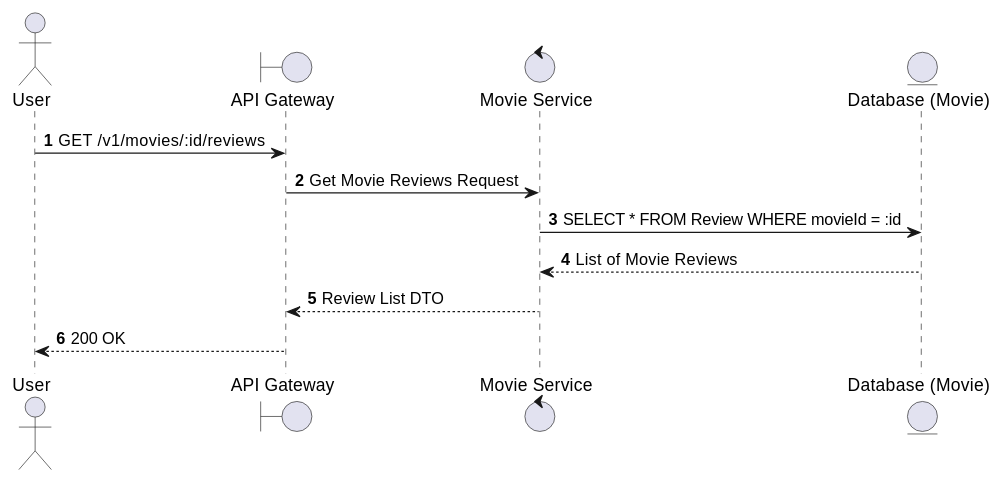
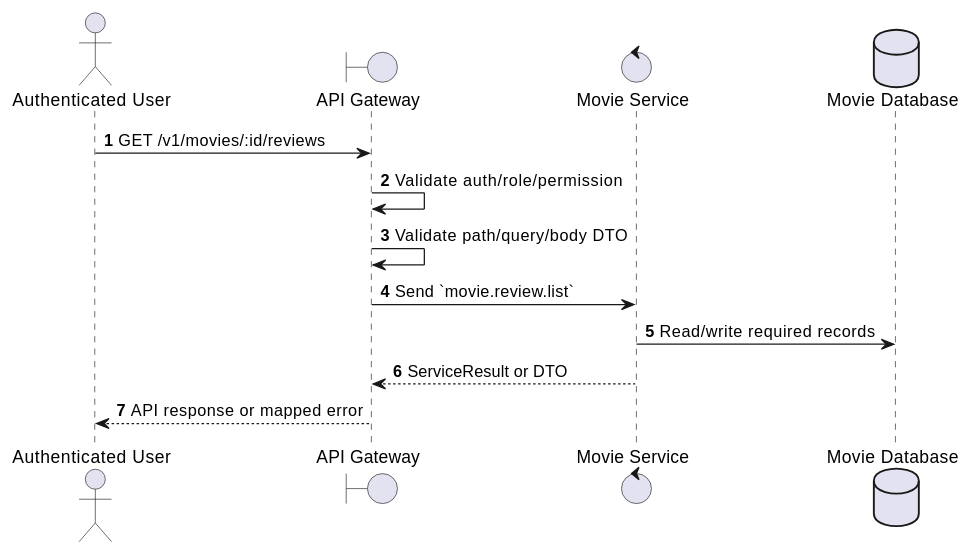
Before and after one commit to Tanh1603/movie-hub-architecture: the first of 2 diagrams in docs/functional_specs/3.3.4_Movie_Reviews/RV-02_Get_Movie_Reviews.md, drawn with PlantUML. The commit also changed other lines of this file and 126 other files, not shown here.

````diff
--- a/docs/functional_specs/3.3.4_Movie_Reviews/RV-02_Get_Movie_Reviews.md
+++ b/docs/functional_specs/3.3.4_Movie_Reviews/RV-02_Get_Movie_Reviews.md
@@ -17,16 +17,17 @@
 ```plantuml
 @startuml
 autonumber
-actor User
+actor "Authenticated User" as Actor
 boundary "API Gateway" as GW
-control "Movie Service" as MS
-entity "Database (Movie)" as DB
+control "Movie Service" as SVC
+database "Movie Database" as DB
 
-User -> GW: GET /v1/movies/:id/reviews
-GW -> MS: Get Movie Reviews Request
-MS -> DB: SELECT * FROM Review WHERE movieId = :id
-DB --> MS: List of Movie Reviews
-MS --> GW: Review List DTO
-GW --> User: 200 OK
+Actor -> GW: GET /v1/movies/:id/reviews
+GW -> GW: Validate auth/role/permission
+GW -> GW: Validate path/query/body DTO
+GW -> SVC: Send `movie.review.list`
+SVC -> DB: Read/write required records
+SVC --> GW: ServiceResult or DTO
+GW --> Actor: API response or mapped error
 @enduml
 ```
````
